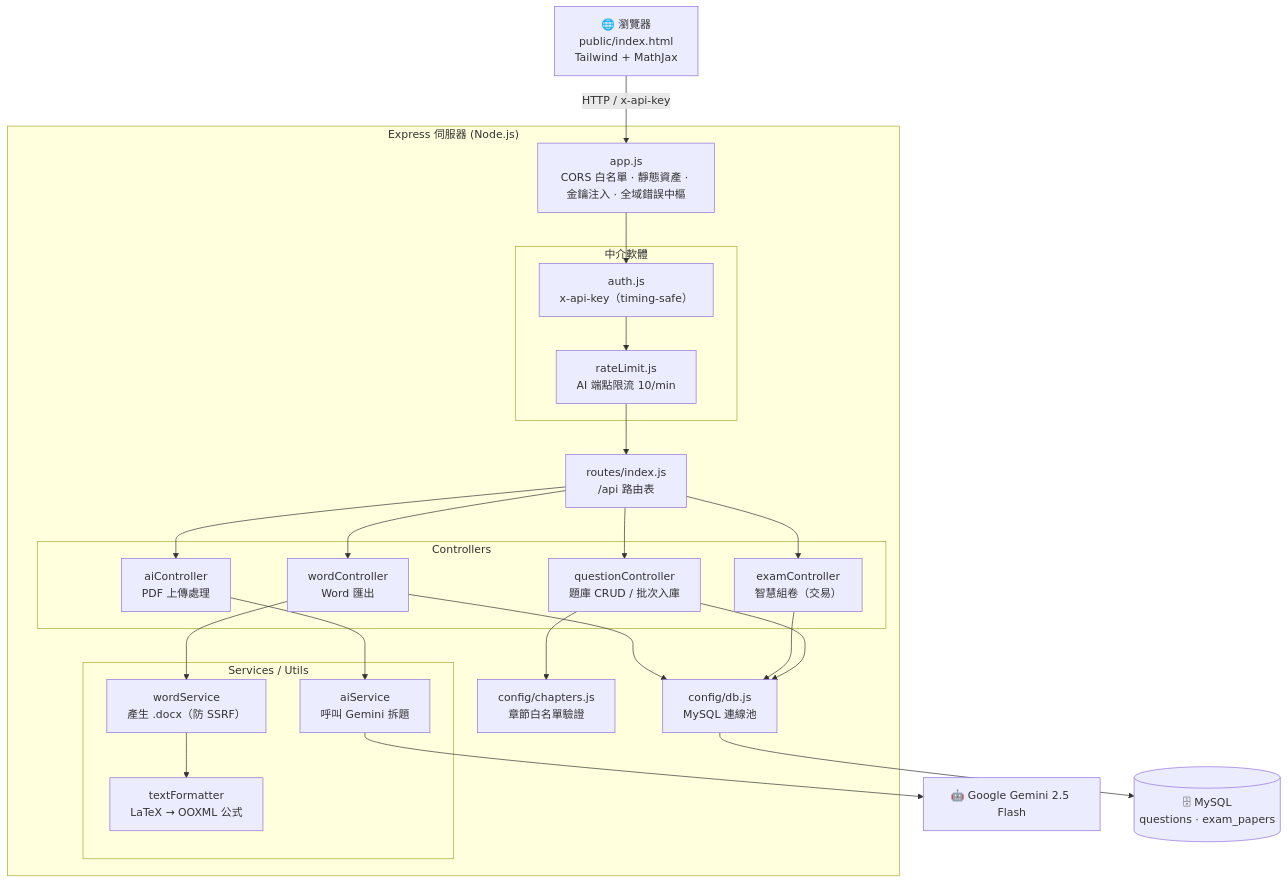
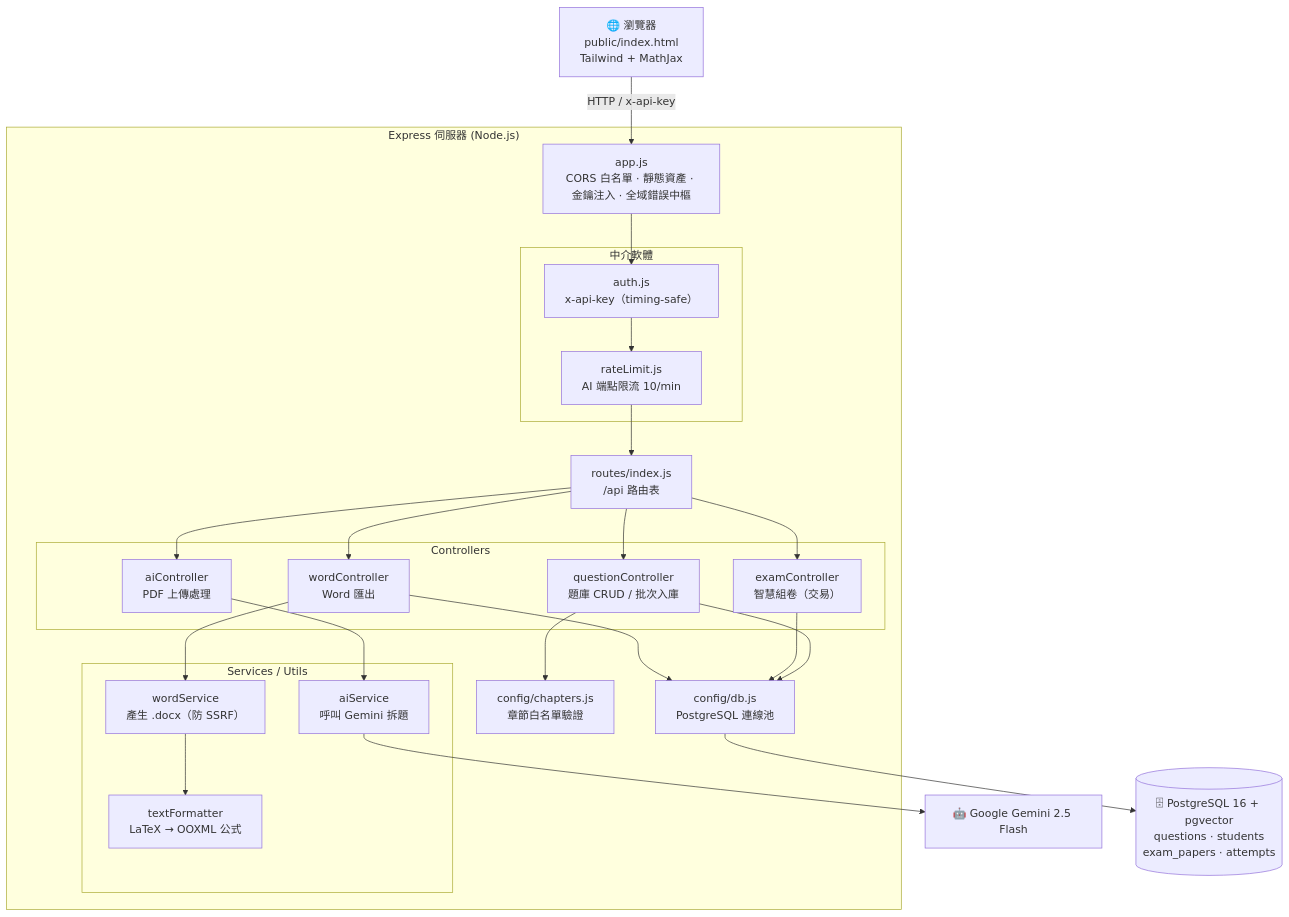
The diagram in exam_pro/README.md (Tom-Yang-Ben/tutor-exam-bank), drawn with Mermaid before and after one commit. The commit also changed other lines of this file and 4 other files, not shown here.

First line of the commit message:
test(A-X9b): controller × PostgreSQL 整合測試，並更新 README

````diff
--- a/exam_pro/README.md
+++ b/exam_pro/README.md
@@ -86,40 +87,40 @@
 ```mermaid
 flowchart TD
     Browser["🌐 瀏覽器<br/>public/index.html<br/>Tailwind + MathJax"]
 
     subgraph Server["Express 伺服器 (Node.js)"]
         App["app.js<br/>CORS 白名單 · 靜態資產 · 金鑰注入 · 全域錯誤中樞"]
         subgraph MW["中介軟體"]
             Auth["auth.js<br/>x-api-key（timing-safe）"]
             RL["rateLimit.js<br/>AI 端點限流 10/min"]
         end
         Routes["routes/index.js<br/>/api 路由表"]
         subgraph Ctrl["Controllers"]
             QC["questionController<br/>題庫 CRUD / 批次入庫"]
             EC["examController<br/>智慧組卷（交易）"]
             AC["aiController<br/>PDF 上傳處理"]
             WC["wordController<br/>Word 匯出"]
         end
         subgraph Svc["Services / Utils"]
             AIS["aiService<br/>呼叫 Gemini 拆題"]
             WS["wordService<br/>產生 .docx（防 SSRF）"]
             TF["textFormatter<br/>LaTeX → OOXML 公式"]
         end
         Chapters["config/chapters.js<br/>章節白名單驗證"]
-        DB["config/db.js<br/>MySQL 連線池"]
+        DB["config/db.js<br/>PostgreSQL 連線池"]
     end
 
     Gemini["🤖 Google Gemini 2.5 Flash"]
-    MySQL[("🗄 MySQL<br/>questions · exam_papers")]
+    PG[("🗄 PostgreSQL 16 + pgvector<br/>questions · students<br/>exam_papers · attempts")]
 
     Browser -- "HTTP / x-api-key" --> App
     App --> Auth --> RL --> Routes
     Routes --> QC & EC & AC & WC
     QC --> Chapters
     AC --> AIS --> Gemini
     WC --> WS --> TF
     QC --> DB
     EC --> DB
     WC --> DB
-    DB --> MySQL
+    DB --> PG
 ```
````
